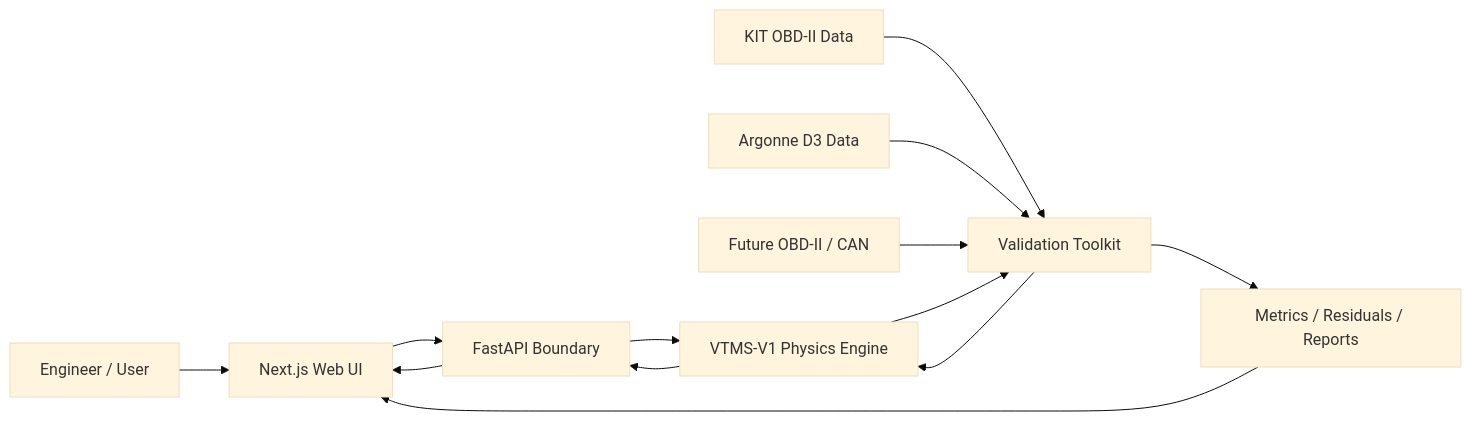
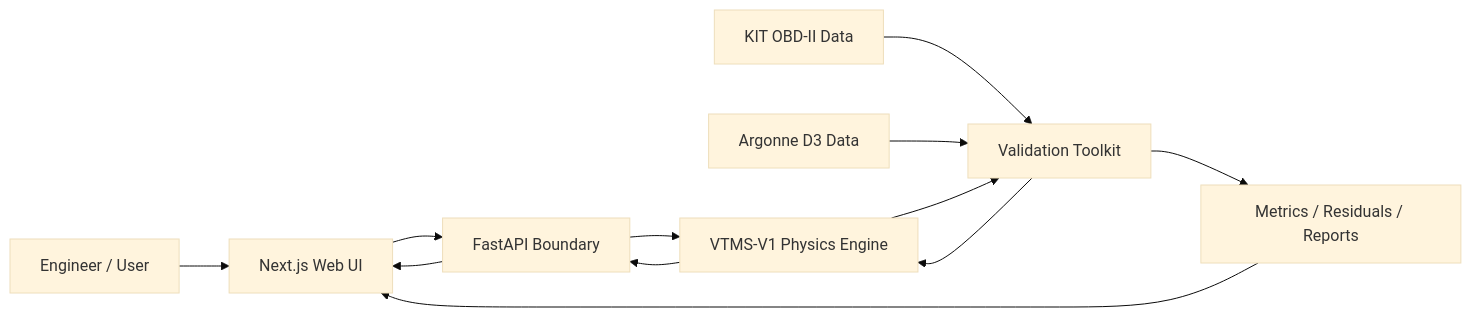
One commit to mpalmer79/vehicle-thermal-management-simulation changed the diagram in README.md. Above: the diagram before and after it, drawn with Mermaid (base theme). The commit also changed other lines of this file, not shown here.

````diff
--- a/README.md
+++ b/README.md
@@ -54,26 +56,24 @@
 ```mermaid
 flowchart LR
     User[Engineer / User]
     UI[Next.js Web UI]
     API[FastAPI Boundary]
     Core[VTMS-V1 Physics Engine]
     Val[Validation Toolkit]
     KIT[KIT OBD-II Data]
     D3[Argonne D3 Data]
-    OBD[Future OBD-II / CAN]
     Reports[Metrics / Residuals / Reports]
 
     User --> UI
     UI --> API
     API --> Core
     Core --> API
     API --> UI
 
     KIT --> Val
     D3 --> Val
-    OBD --> Val
     Val --> Core
     Core --> Val
     Val --> Reports
     Reports --> UI
 ```
````
